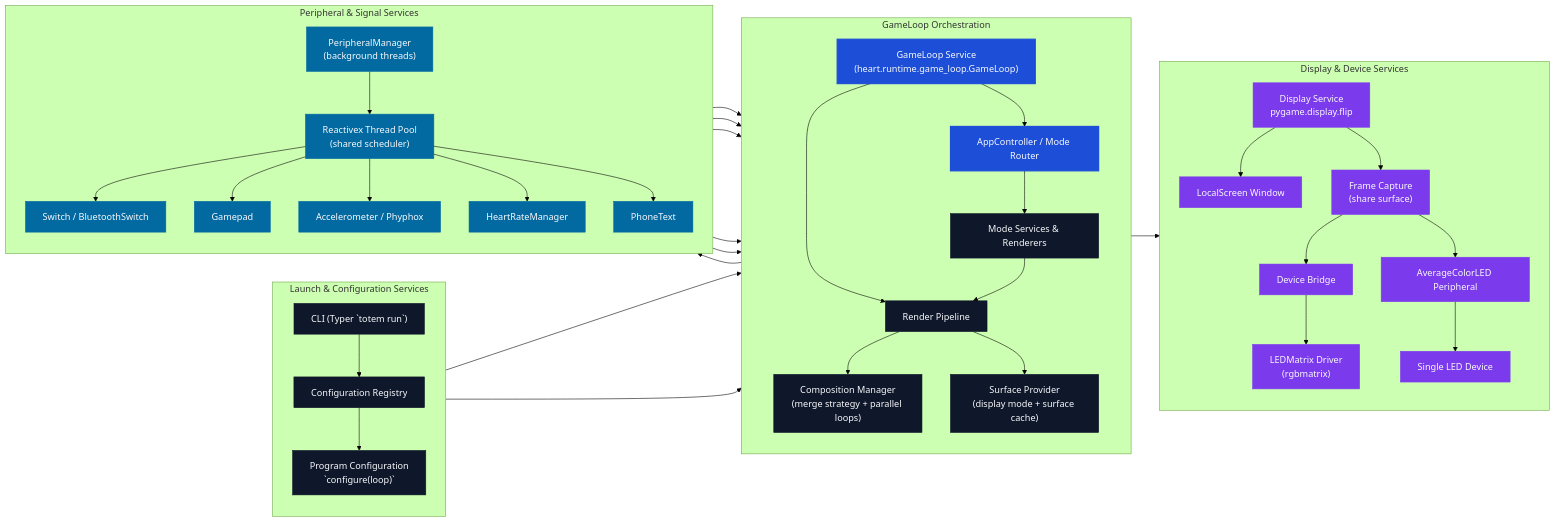
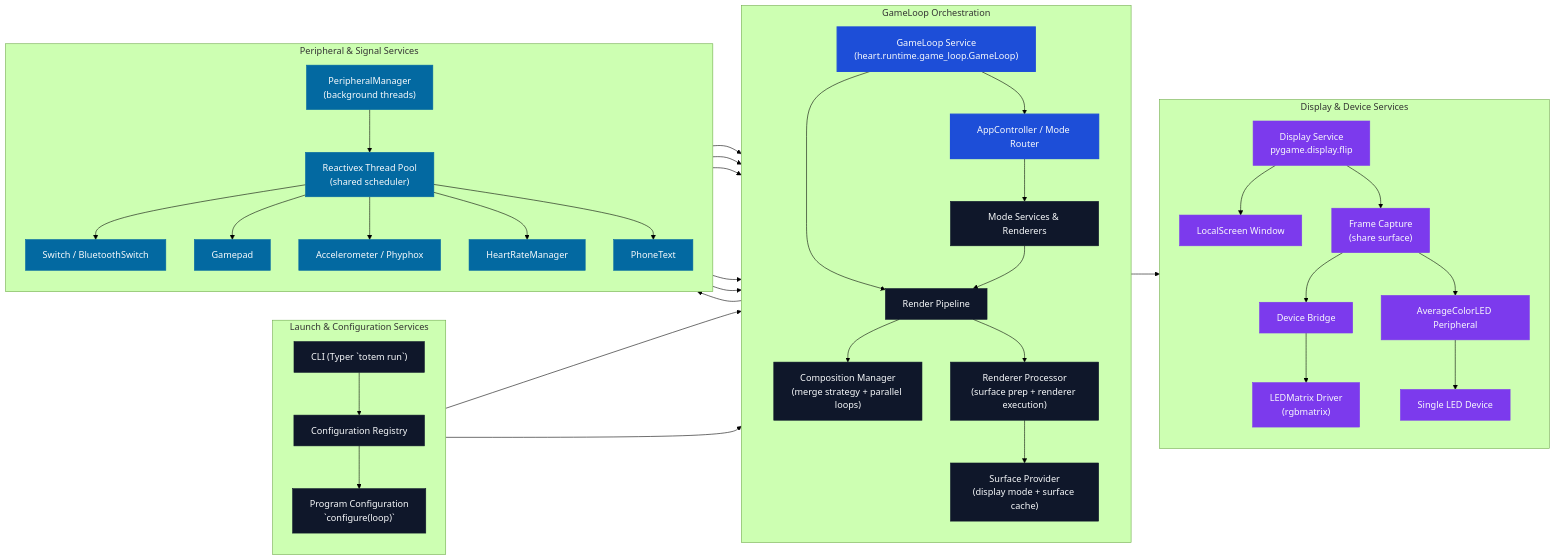
Before and after one commit to Organization5762/heart: the diagram in docs/code_flow.md, drawn with Mermaid (forest theme). The commit also changed other lines of this file and 3 other files, not shown here.

Commit message:
Add renderer processor for render pipeline

````diff
--- a/docs/code_flow.md
+++ b/docs/code_flow.md
@@ -19,69 +19,70 @@
 ```mermaid
 flowchart LR
     %% Visual classes for different service categories
     classDef orchestrator fill:#1d4ed8,stroke:#1d4ed8,color:#f8fafc,stroke-width:2px;
     classDef service fill:#0f172a,stroke:#0f172a,color:#f8fafc;
     classDef input fill:#0369a1,stroke:#0369a1,color:#f8fafc;
     classDef output fill:#7c3aed,stroke:#7c3aed,color:#f8fafc;
 
     subgraph Launch["Launch & Configuration Services"]
         direction TB
         CLI["CLI (Typer `totem run`)"]
         Registry["Configuration Registry"]
         Configurer["Program Configuration\n`configure(loop)`"]
     end
 
     subgraph Runtime["GameLoop Orchestration"]
         direction TB
         Loop["GameLoop Service\n(heart.runtime.game_loop.GameLoop)"]
         AppRouter["AppController / Mode Router"]
         ModeServices["Mode Services & Renderers"]
         RenderPipeline["Render Pipeline"]
+        RendererProcessor["Renderer Processor\n(surface prep + renderer execution)"]
         SurfaceProvider["Surface Provider\n(display mode + surface cache)"]
         CompositionManager["Composition Manager\n(merge strategy + parallel loops)"]
     end
 
     subgraph Inputs["Peripheral & Signal Services"]
         direction TB
         PeripheralMgr["PeripheralManager\n(background threads)"]
         RxScheduler["Reactivex Thread Pool\n(shared scheduler)"]
         Switch["Switch / BluetoothSwitch"]
         Gamepad["Gamepad"]
         Sensors["Accelerometer / Phyphox"]
         HeartRate["HeartRateManager"]
         PhoneText["PhoneText"]
     end
 
     subgraph Outputs["Display & Device Services"]
         direction TB
         DisplaySvc["Display Service\npygame.display.flip"]
         LocalScreen["LocalScreen Window"]
         Capture["Frame Capture\n(share surface)"]
         DeviceBridge["Device Bridge"]
         LedMatrix["LEDMatrix Driver\n(rgbmatrix)"]
         AverageMirror["AverageColorLED Peripheral"]
         SingleLED["Single LED Device"]
     end
 
     CLI --> Registry --> Configurer --> Loop
     Configurer --> AppRouter
     Loop --> AppRouter
     Loop --> RenderPipeline
     AppRouter --> ModeServices --> RenderPipeline --> CompositionManager --> DisplaySvc
-    RenderPipeline --> SurfaceProvider
+    RenderPipeline --> RendererProcessor --> SurfaceProvider
     DisplaySvc --> LocalScreen
     DisplaySvc --> Capture --> DeviceBridge --> LedMatrix
     Capture --> AverageMirror --> SingleLED
 
     Loop --> PeripheralMgr --> RxScheduler
     RxScheduler --> Switch --> AppRouter
     RxScheduler --> Gamepad --> AppRouter
     RxScheduler --> Sensors --> AppRouter
     RxScheduler --> HeartRate --> AppRouter
     RxScheduler --> PhoneText --> AppRouter
 
-    class CLI,Registry,Configurer,ModeServices,RenderPipeline,SurfaceProvider,CompositionManager service;
+    class CLI,Registry,Configurer,ModeServices,RenderPipeline,RendererProcessor,SurfaceProvider,CompositionManager service;
     class Loop,AppRouter orchestrator;
     class PeripheralMgr,RxScheduler,Switch,Gamepad,Sensors,HeartRate,PhoneText input;
     class DisplaySvc,LocalScreen,Capture,DeviceBridge,LedMatrix,AverageMirror,SingleLED output;
 ```
````
